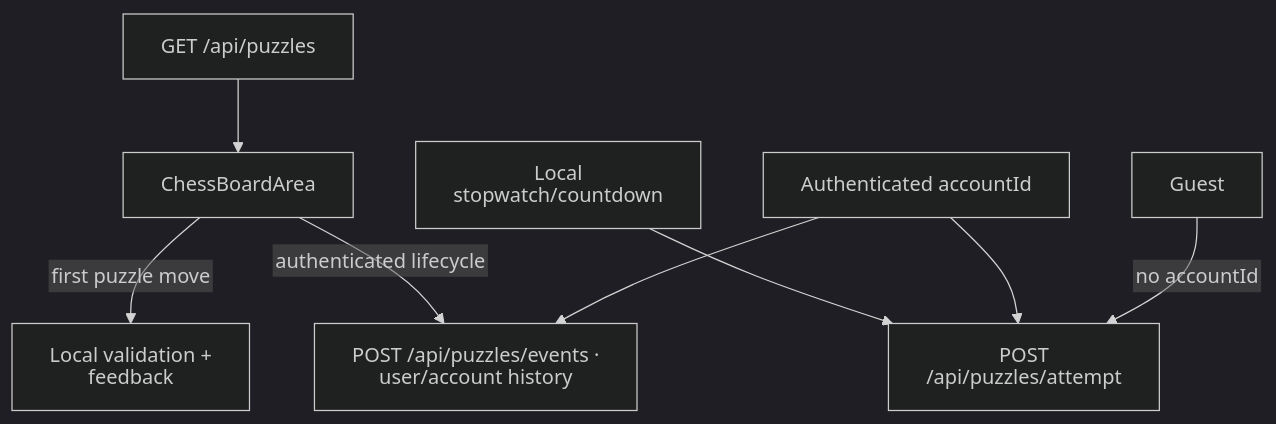
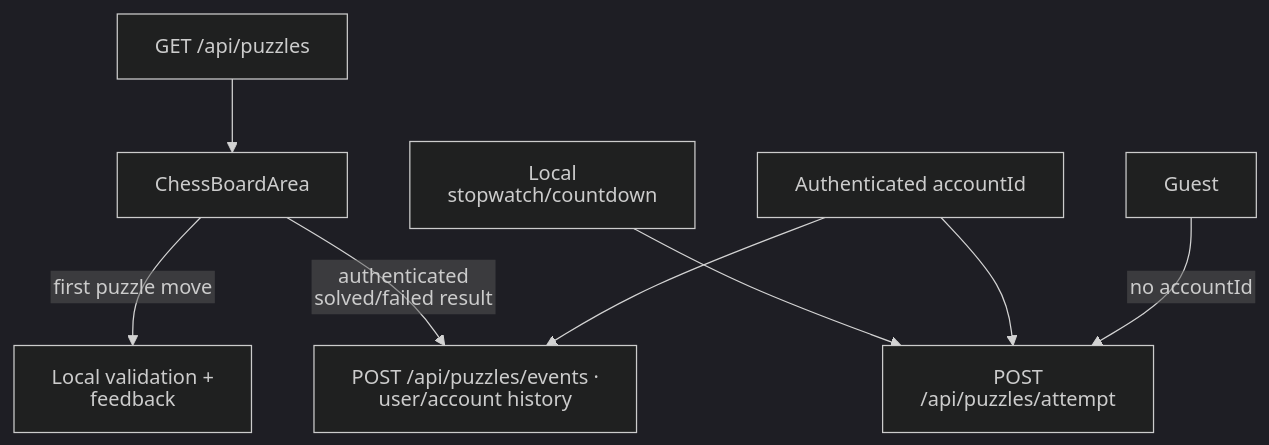
One commit to NathanZK/ChessEcho changed the fourth of 5 diagrams in docs/architecture/frontend.md. Above: the diagram before and after it, drawn with Mermaid (dark theme). The commit also changed other lines of this file and 16 other files, not shown here.

````diff
--- a/docs/architecture/frontend.md
+++ b/docs/architecture/frontend.md
@@ -219,11 +219,11 @@
 ```mermaid
 %%{init: {"htmlLabels": false, "flowchart": {"htmlLabels": false, "diagramPadding": 120}}}%%
 flowchart TB
   load["GET /api/puzzles"] --> board["ChessBoardArea"]
   board -->|"first puzzle move"| local["Local validation + feedback"]
-  board -->|"authenticated lifecycle"| events["POST /api/puzzles/events · user/account history"]
+  board -->|"authenticated solved/failed result"| events["POST /api/puzzles/events · user/account history"]
   timer["Local stopwatch/countdown"] --> attempt["POST /api/puzzles/attempt"]
   account["Authenticated accountId"] --> events
   account --> attempt
   guest["Guest"] -->|"no accountId"| attempt
 ```
````
